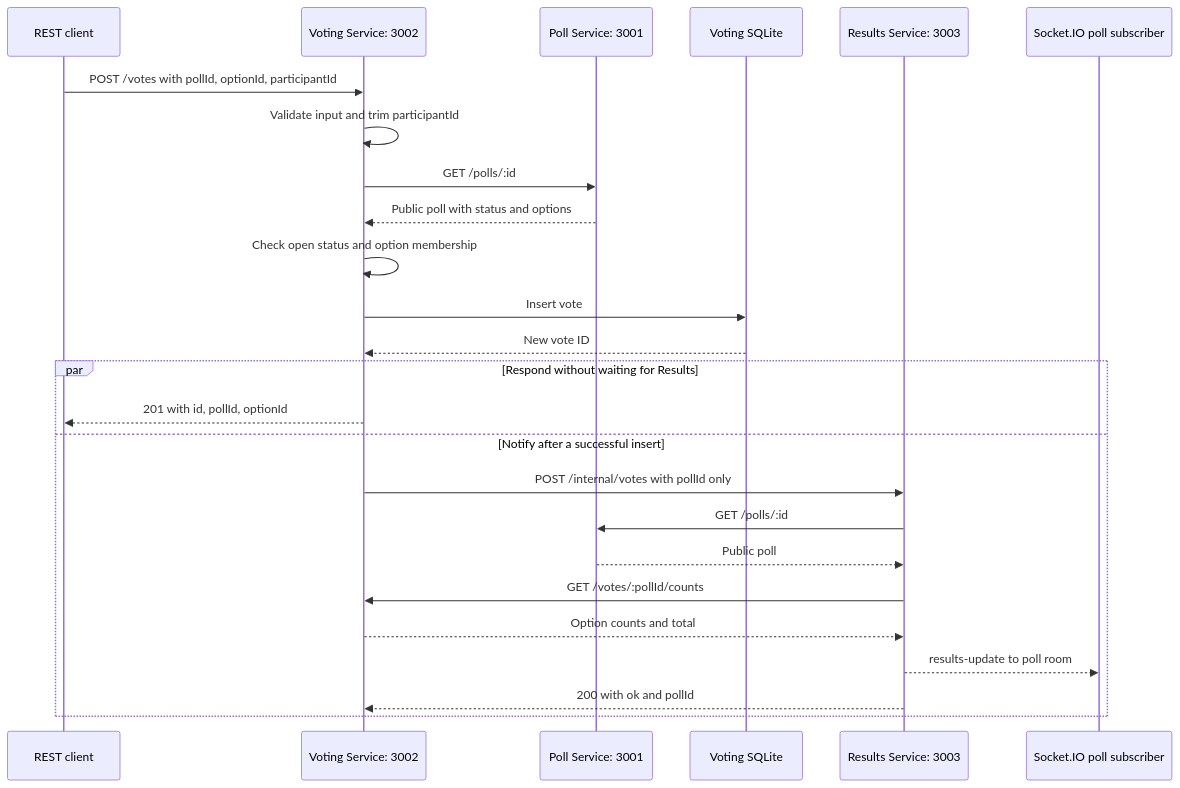
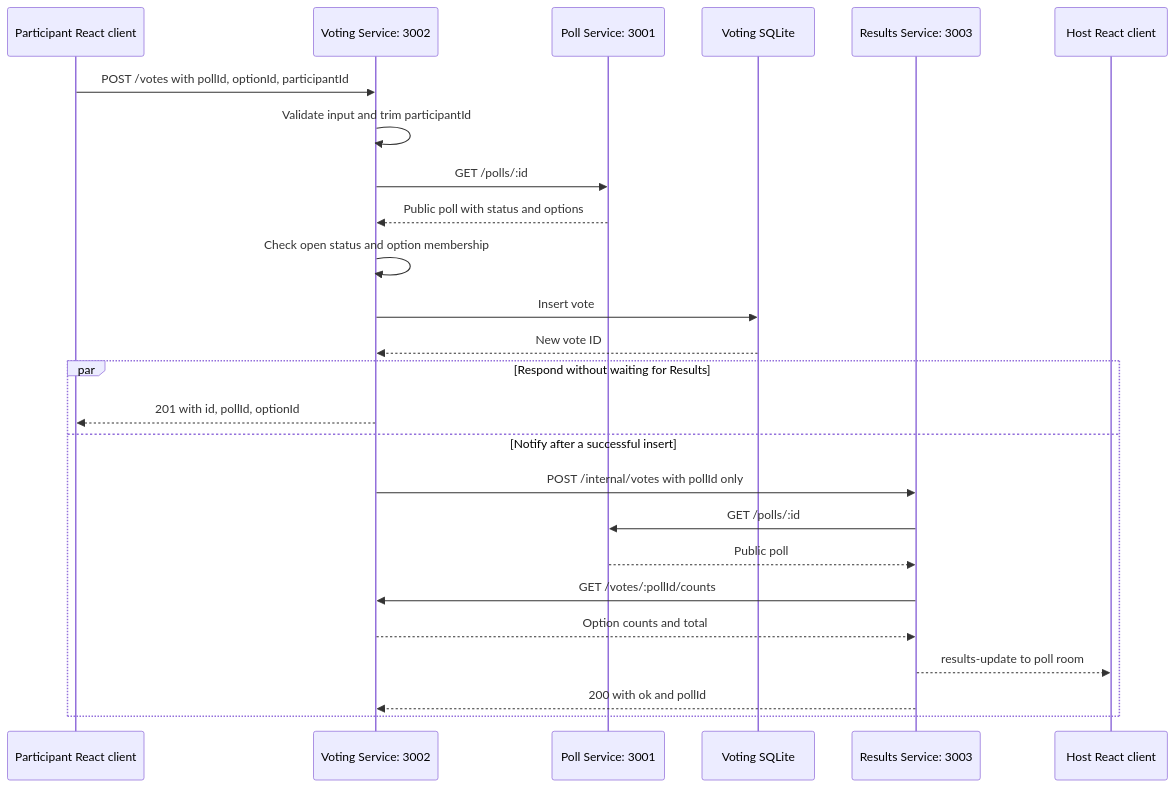
One commit to adamadeel05/live-polling-room__prog-5 changed the second of 2 diagrams in docs/architecture.md. Above: the diagram before and after it, drawn with Mermaid. The commit also changed other lines of this file and 22 other files, not shown here.

Commit message:
Implement Part 5 responsive React host and participant interface

````diff
--- a/docs/architecture.md
+++ b/docs/architecture.md
@@ -48,27 +49,27 @@
 ```mermaid
 sequenceDiagram
-    participant Caller as REST client
+    participant Caller as Participant React client
     participant Voting as Voting Service: 3002
     participant Poll as Poll Service: 3001
     participant Votes as Voting SQLite
     participant Results as Results Service: 3003
-    participant Subscriber as Socket.IO poll subscriber
+    participant Subscriber as Host React client
     Caller->>Voting: POST /votes with pollId, optionId, participantId
     Voting->>Voting: Validate input and trim participantId
     Voting->>Poll: GET /polls/:id
     Poll-->>Voting: Public poll with status and options
     Voting->>Voting: Check open status and option membership
     Voting->>Votes: Insert vote
     Votes-->>Voting: New vote ID
     par Respond without waiting for Results
         Voting-->>Caller: 201 with id, pollId, optionId
     and Notify after a successful insert
         Voting->>Results: POST /internal/votes with pollId only
         Results->>Poll: GET /polls/:id
         Poll-->>Results: Public poll
         Results->>Voting: GET /votes/:pollId/counts
         Voting-->>Results: Option counts and total
         Results-->>Subscriber: results-update to poll room
         Results-->>Voting: 200 with ok and pollId
     end
 ```
````
